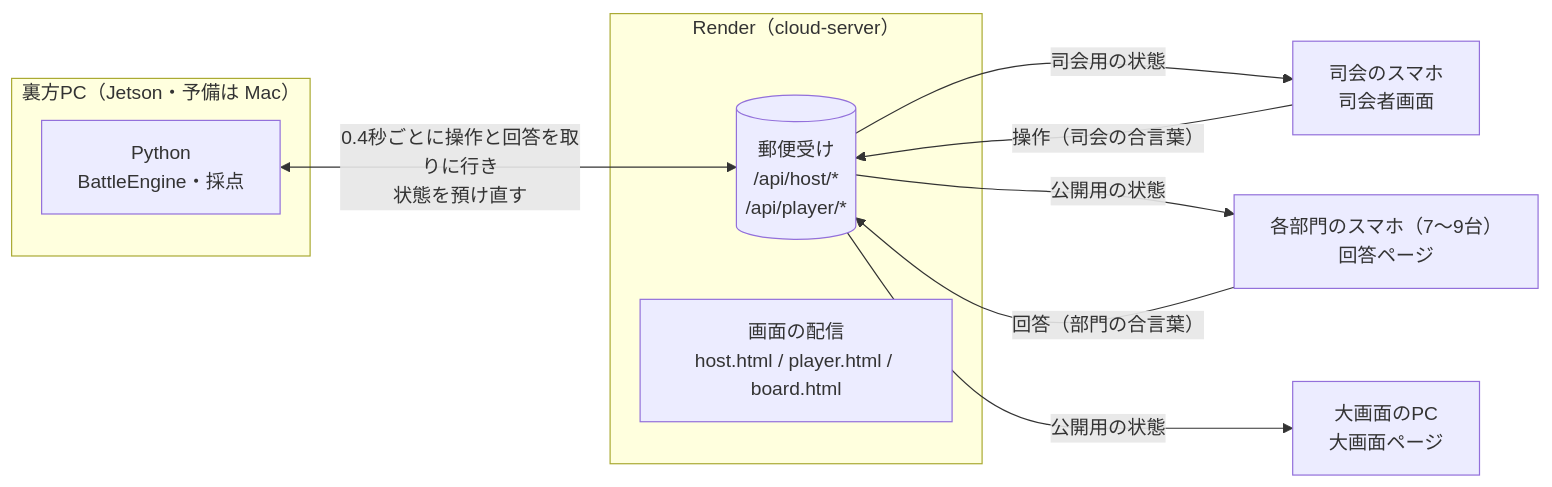
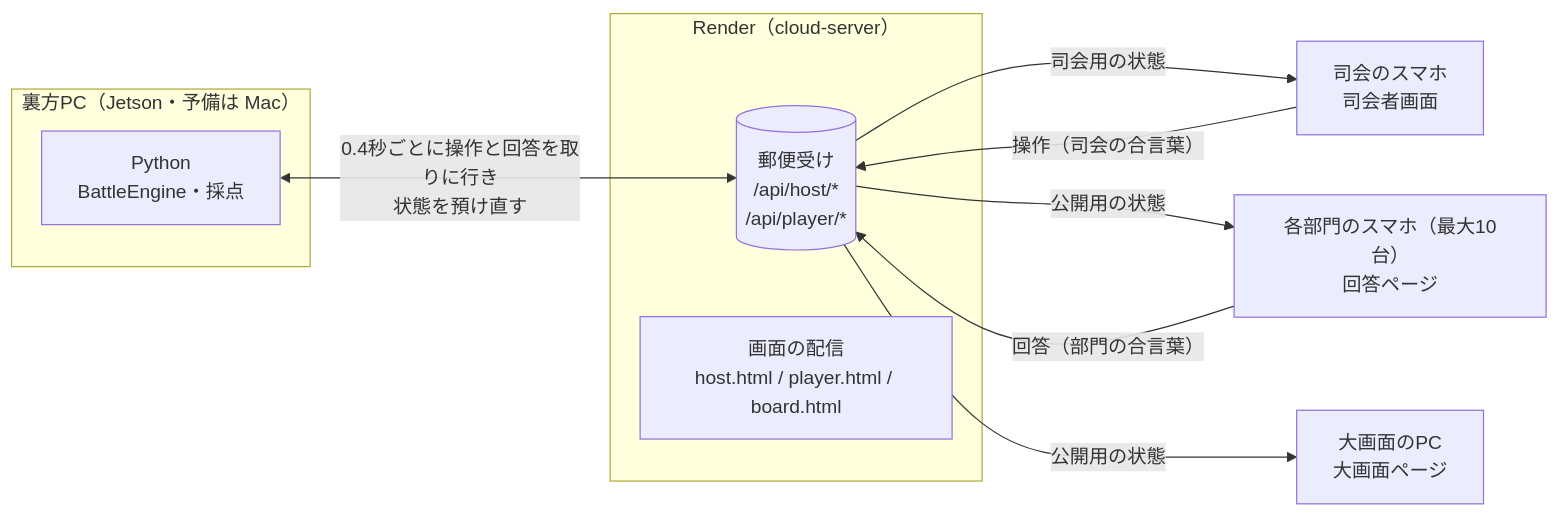
One commit to suzuka-kosen-festa/2026-suzuleague changed the diagram in docs/furikaeri/design.md. Above: the diagram before and after it, drawn with Mermaid. The commit also changed other lines of this file and 2 other files, not shown here.

````diff
--- a/docs/furikaeri/design.md
+++ b/docs/furikaeri/design.md
@@ -23,20 +23,20 @@
 ```mermaid
 flowchart LR
     subgraph backstage["裏方PC（Jetson・予備は Mac）"]
         py["Python<br>BattleEngine・採点"]
     end
     subgraph render["Render（cloud-server）"]
         mail[("郵便受け<br>/api/host/*<br>/api/player/*")]
         pages["画面の配信<br>host.html / player.html / board.html"]
     end
     host["司会のスマホ<br>司会者画面"]
-    phones["各部門のスマホ（7〜9台）<br>回答ページ"]
+    phones["各部門のスマホ（最大10台）<br>回答ページ"]
     board["大画面のPC<br>大画面ページ"]
 
     host -->|"操作（司会の合言葉）"| mail
     phones -->|"回答（部門の合言葉）"| mail
     py <-->|"0.4秒ごとに操作と回答を取りに行き<br>状態を預け直す"| mail
     mail -->|"司会用の状態"| host
     mail -->|"公開用の状態"| phones
     mail -->|"公開用の状態"| board
 ```
````
